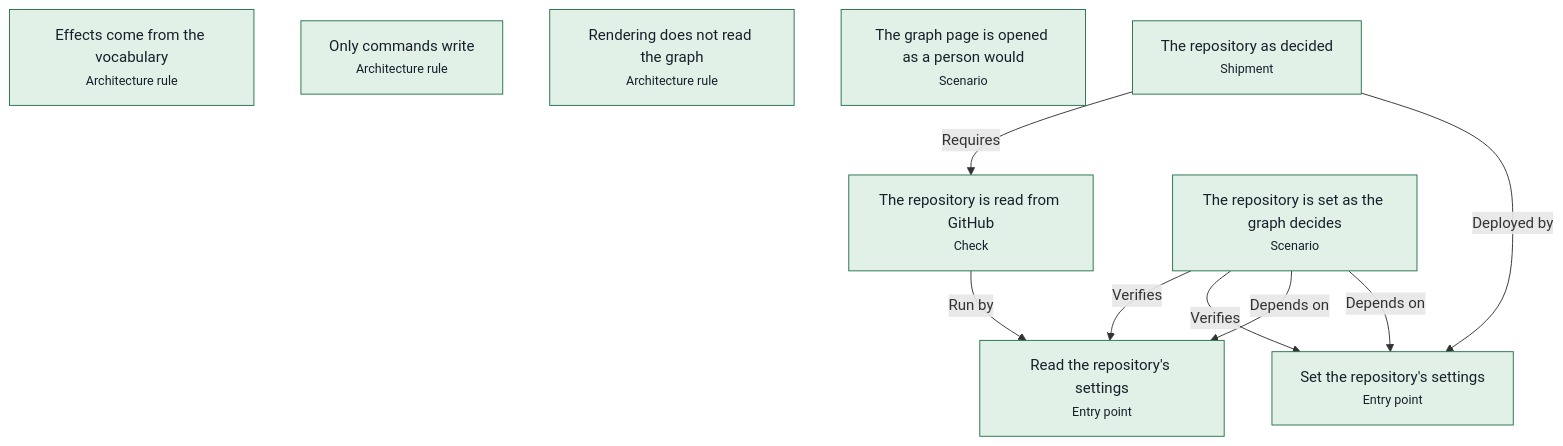
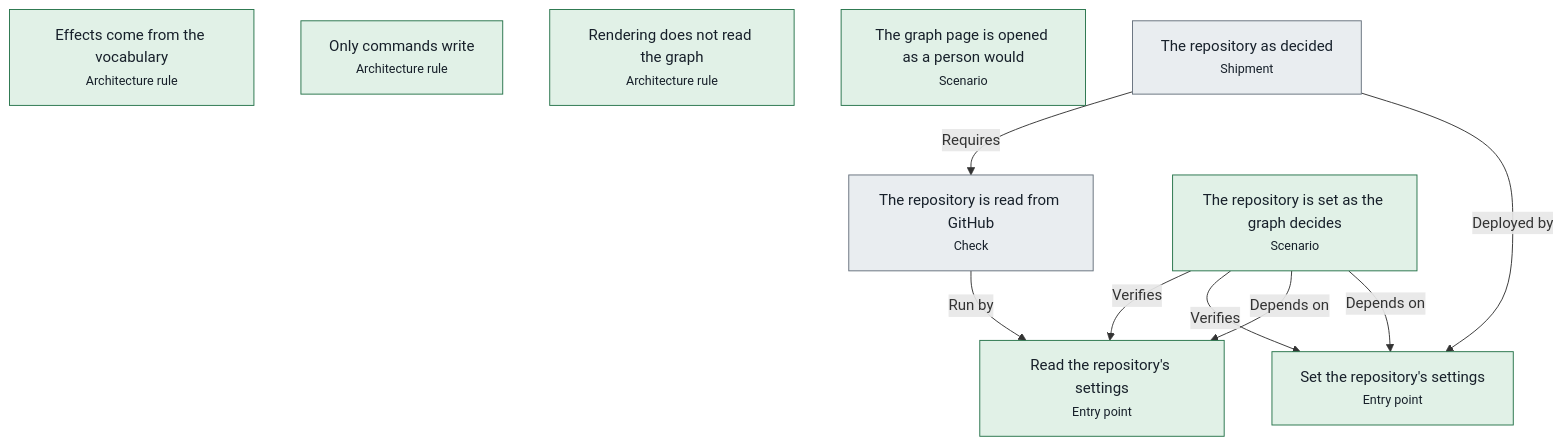
The third of 4 diagrams in docs/pipelines.md (advancedcognitivesystems-ai/trame), drawn with Mermaid before and after one commit. The commit also changed other lines of this file and 55 other files, not shown here.

````diff
--- a/docs/pipelines.md
+++ b/docs/pipelines.md
@@ -452,24 +454,24 @@
 ```mermaid
 flowchart TB
-  n0["The repository is read from GitHub<br/><small>Check</small>"]:::held
+  n0["The repository is read from GitHub<br/><small>Check</small>"]:::unknown
   n1["Read the repository's settings<br/><small>Entry point</small>"]:::held
   n2["Effects come from the vocabulary<br/><small>Architecture rule</small>"]:::held
   n3["Only commands write<br/><small>Architecture rule</small>"]:::held
   n4["Rendering does not read the graph<br/><small>Architecture rule</small>"]:::held
   n5["The repository is set as the graph decides<br/><small>Scenario</small>"]:::held
   n6["The graph page is opened as a person would<br/><small>Scenario</small>"]:::held
   n7["Set the repository's settings<br/><small>Entry point</small>"]:::held
-  n8["The repository as decided<br/><small>Shipment</small>"]:::held
+  n8["The repository as decided<br/><small>Shipment</small>"]:::unknown
   n0 -->|Run by| n1
   n8 -->|Requires| n0
   n8 -->|Deployed by| n7
   n5 -->|Verifies| n1
   n5 -->|Verifies| n7
   n5 -->|Depends on| n1
   n5 -->|Depends on| n7
   classDef held fill:#e1f1e7,stroke:#26734a,color:#17202a
   classDef blocked fill:#fbf0d9,stroke:#9a6200,color:#17202a
   classDef violated fill:#f9e3e1,stroke:#ad2a22,color:#17202a
   classDef unknown fill:#e9edf0,stroke:#65707c,color:#17202a
   classDef neutral fill:#ffffff,stroke:#5a6672,color:#17202a
 ```
````
